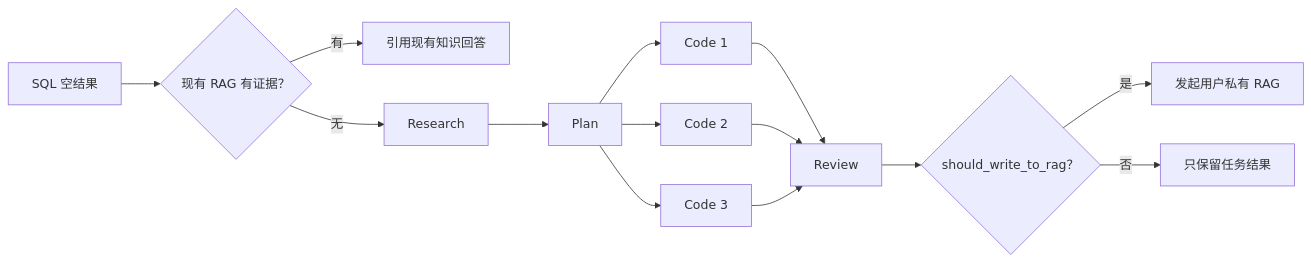
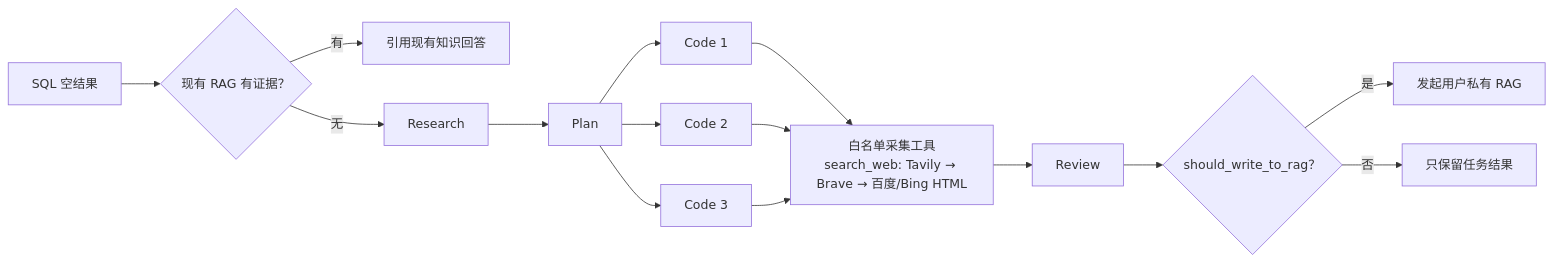
The second of 2 diagrams in 车市镜/docs/technical-design.md (Gloria668866/study_code), drawn with Mermaid before and after one commit. The commit also changed other lines of this file and 49 other files, not shown here.

````diff
--- a/车市镜/docs/technical-design.md
+++ b/车市镜/docs/technical-design.md
@@ -247,16 +249,17 @@
 ```mermaid
 flowchart LR
     EMPTY["SQL 空结果"] --> EXISTING{"现有 RAG 有证据？"}
     EXISTING -->|有| ANSWER["引用现有知识回答"]
     EXISTING -->|无| RESEARCH["Research"]
     RESEARCH --> PLAN["Plan"]
     PLAN --> C1["Code 1"]
     PLAN --> C2["Code 2"]
     PLAN --> C3["Code 3"]
-    C1 --> REVIEW["Review"]
-    C2 --> REVIEW
-    C3 --> REVIEW
+    C1 --> TOOLS["白名单采集工具<br/>search_web: Tavily → Brave → 百度/Bing HTML"]
+    C2 --> TOOLS
+    C3 --> TOOLS
+    TOOLS --> REVIEW["Review"]
     REVIEW --> CHECK{"should_write_to_rag？"}
     CHECK -->|是| PRIVATE["发起用户私有 RAG"]
     CHECK -->|否| RESULT["只保留任务结果"]
 ```
````
